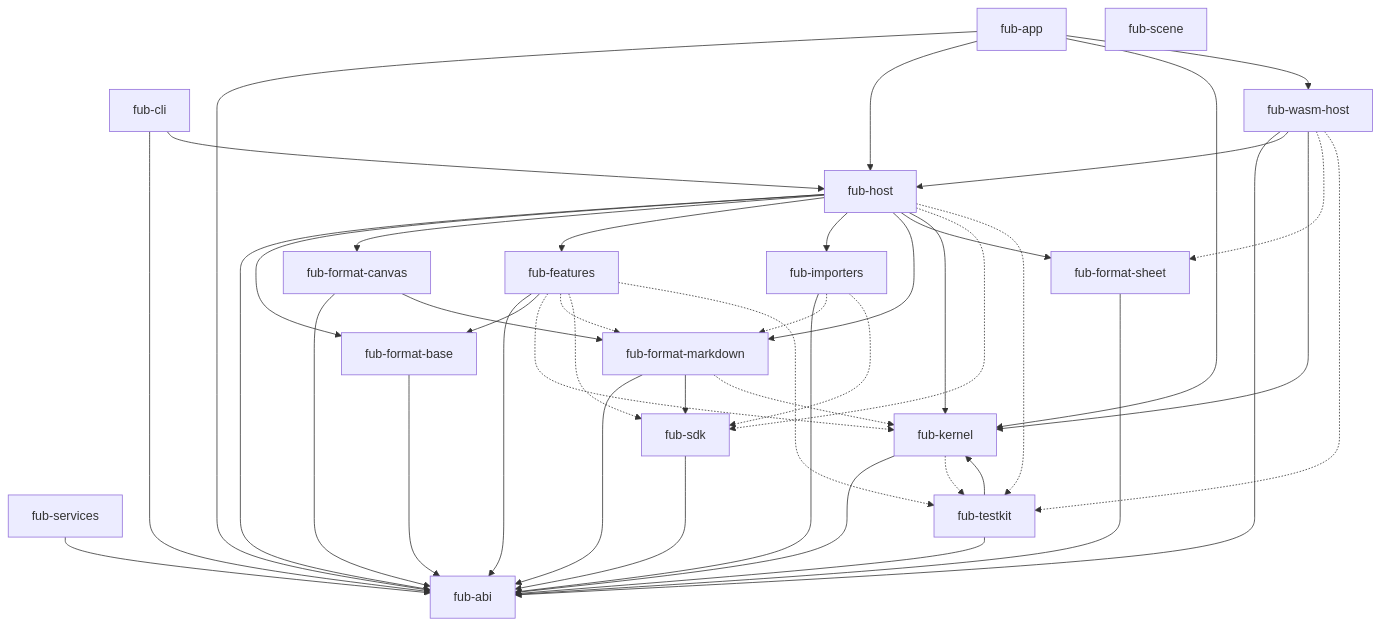
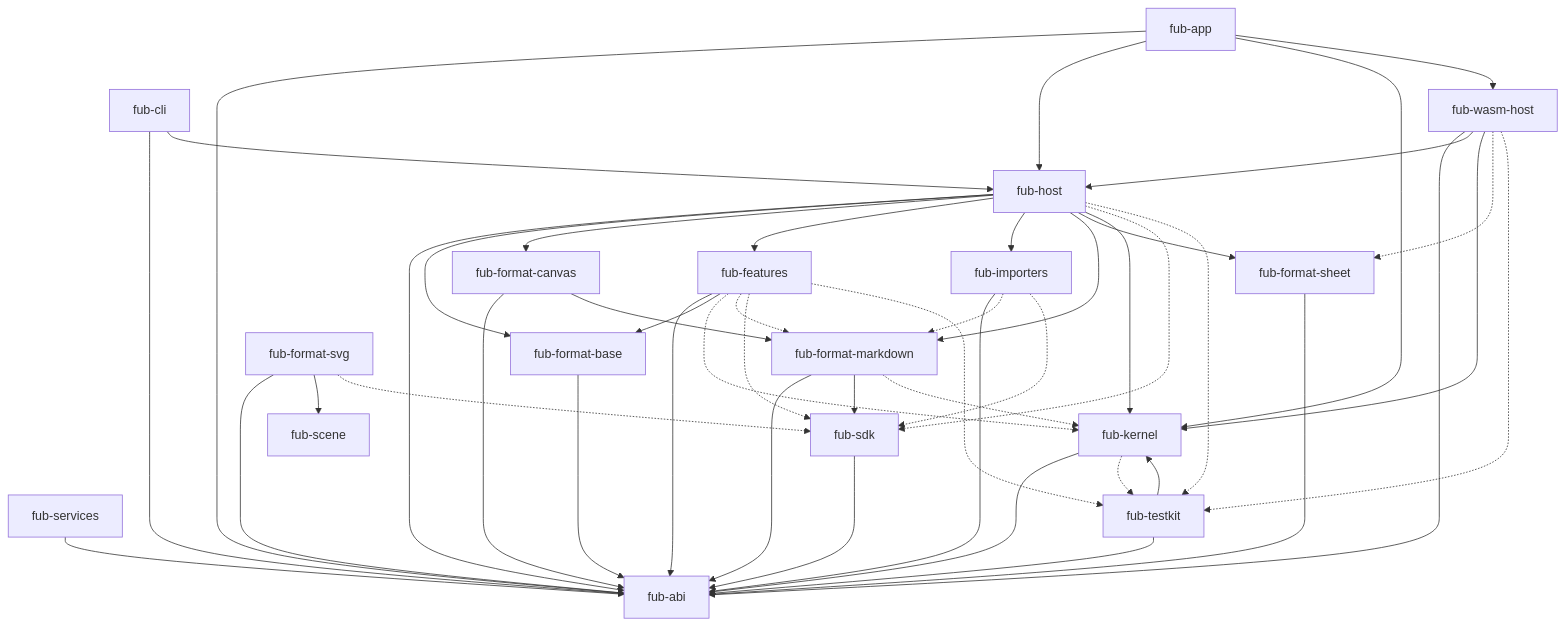
The first of 2 diagrams in docs/architecture/overview.md (Fubeo/Fub), drawn with Mermaid before and after one commit. The commit also changed other lines of this file and 22 other files, not shown here.

````diff
--- a/docs/architecture/overview.md
+++ b/docs/architecture/overview.md
@@ -28,67 +28,71 @@
 ```mermaid
 flowchart TD
     %% @grafo-dipendenze
     %% Questo blocco è confrontato con cargo metadata da dependency_invariant.rs.
 
     app["fub-app"]
     host["fub-host"]
     features["fub-features"]
     markdown["fub-format-markdown"]
     sheet["fub-format-sheet"]
     base["fub-format-base"]
     canvas["fub-format-canvas"]
+    svg["fub-format-svg"]
     scene["fub-scene"]
     importers["fub-importers"]
     cli["fub-cli"]
     services["fub-services"]
     wasmhost["fub-wasm-host"]
     sdk["fub-sdk"]
     testkit["fub-testkit"]
     kernel["fub-kernel"]
     abi["fub-abi"]
 
     app --> abi
     app --> host
     app --> kernel
     app --> wasmhost
     host --> abi
     host --> base
     host --> canvas
     host --> features
     host --> importers
     host --> markdown
     host --> sheet
     host --> kernel
     cli --> abi
     cli --> host
     services --> abi
     base --> abi
     canvas --> abi
     canvas --> markdown
     importers --> abi
     features --> abi
     features --> base
     markdown --> abi
     markdown --> sdk
     sheet --> abi
+    svg --> abi
+    svg --> scene
     wasmhost --> abi
     wasmhost --> host
     wasmhost --> kernel
     kernel --> abi
     sdk --> abi
     testkit --> abi
     testkit --> kernel
 
     features -.-> kernel
     features -.-> markdown
     features -.-> sdk
     features -.-> testkit
     markdown -.-> kernel
     kernel -.-> testkit
     host -.-> sdk
     host -.-> testkit
     wasmhost -.-> sheet
     wasmhost -.-> testkit
     importers -.-> markdown
     importers -.-> sdk
+    svg -.-> sdk
 ```
````
